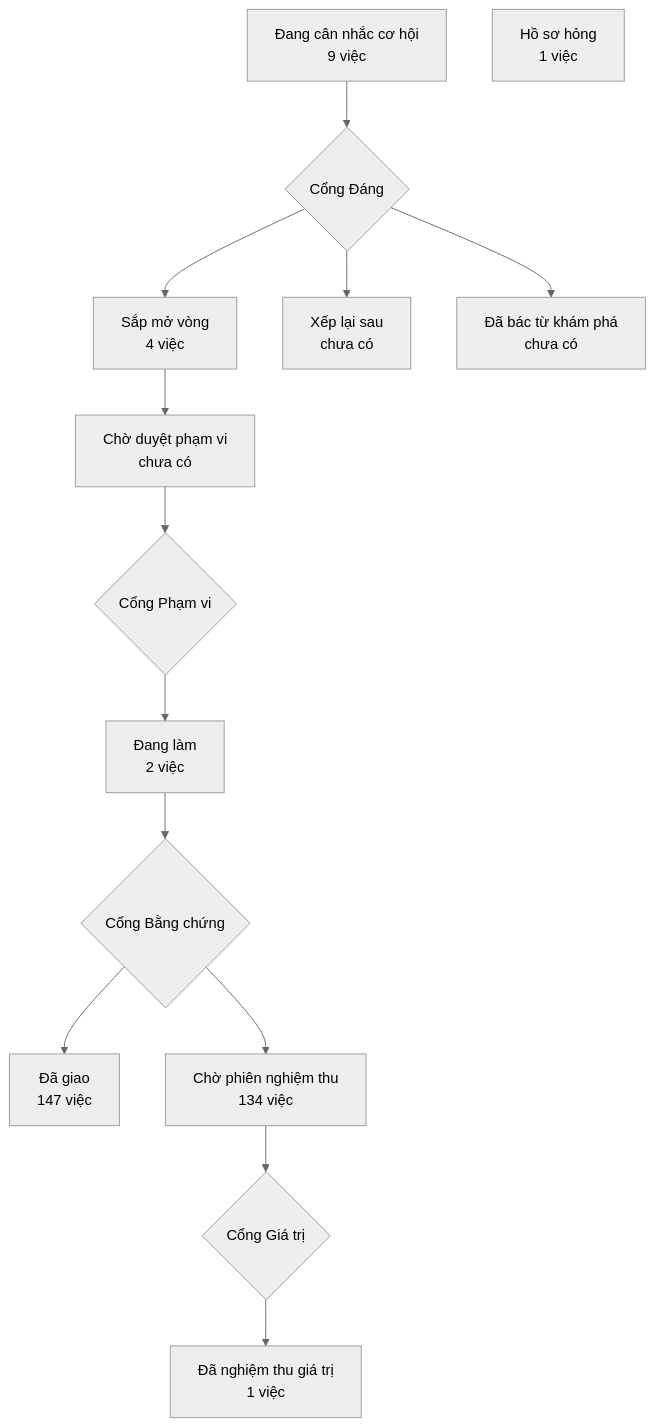
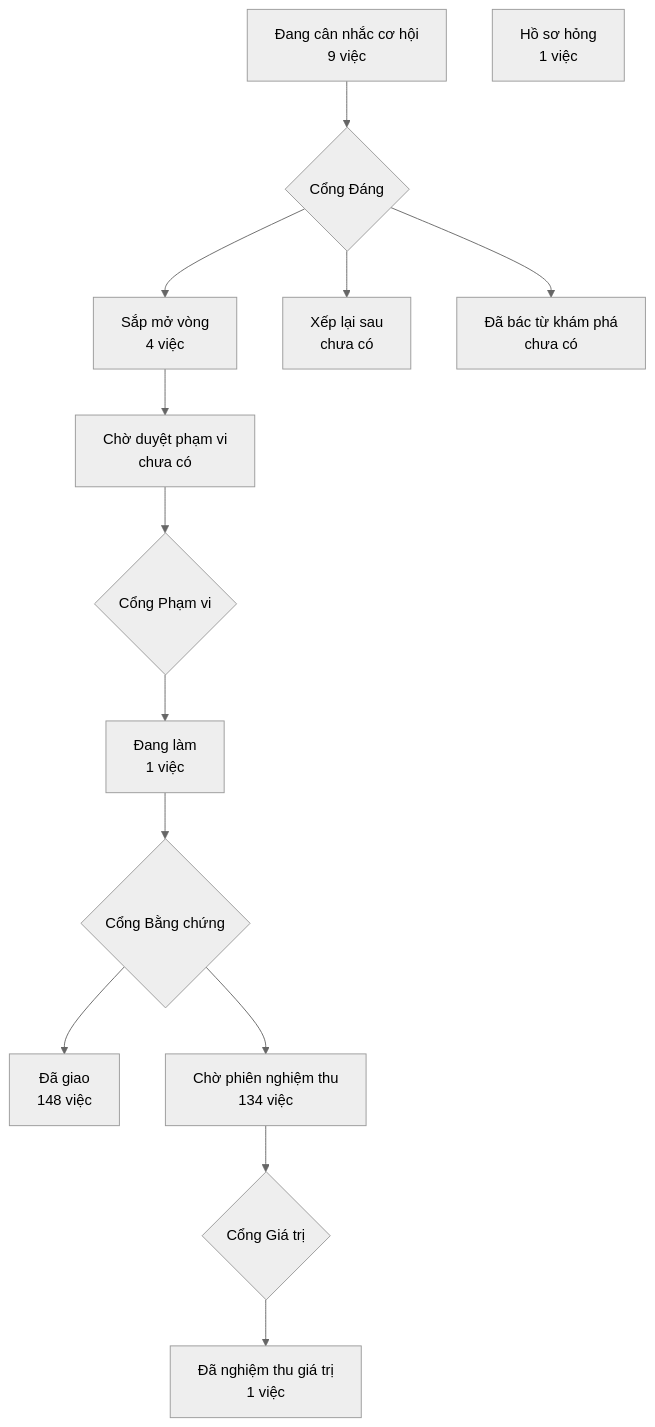
The diagram in PRODUCT-MAP.md (phanlemanh/crm-onehub), drawn with Mermaid (neutral theme) before and after one commit. The commit also changed other lines of this file and 4 other files, not shown here.

````diff
--- a/PRODUCT-MAP.md
+++ b/PRODUCT-MAP.md
@@ -7,13 +7,13 @@
 ```mermaid
 flowchart TD
   A["Đang cân nhắc cơ hội<br/>9 việc"] --> GD{"Cổng Đáng"}
   GD --> B["Sắp mở vòng<br/>4 việc"]
   GD --> XL["Xếp lại sau<br/>chưa có"]
   GD --> DB["Đã bác từ khám phá<br/>chưa có"]
   B --> CD["Chờ duyệt phạm vi<br/>chưa có"] --> GP{"Cổng Phạm vi"}
-  GP --> DL["Đang làm<br/>2 việc"] --> GB{"Cổng Bằng chứng"}
-  GB --> DG["Đã giao<br/>147 việc"]
+  GP --> DL["Đang làm<br/>1 việc"] --> GB{"Cổng Bằng chứng"}
+  GB --> DG["Đã giao<br/>148 việc"]
   GB --> CN["Chờ phiên nghiệm thu<br/>134 việc"] --> GG{"Cổng Giá trị"}
   GG --> NT["Đã nghiệm thu giá trị<br/>1 việc"]
   HS["Hồ sơ hỏng<br/>1 việc"]
 ```
````
